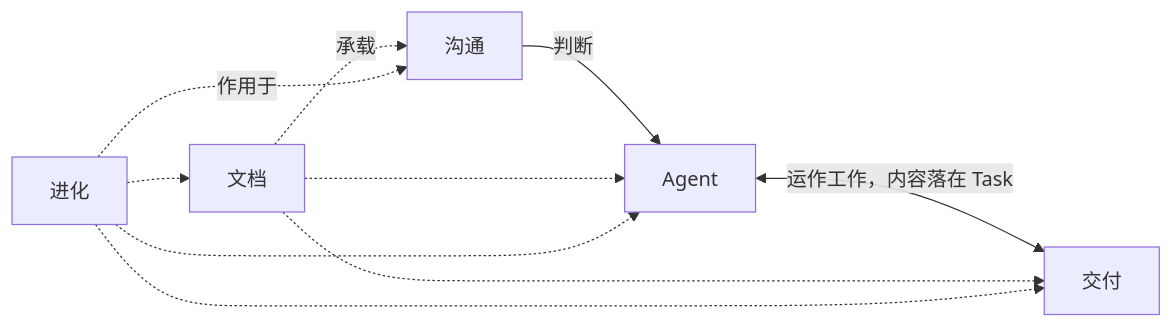
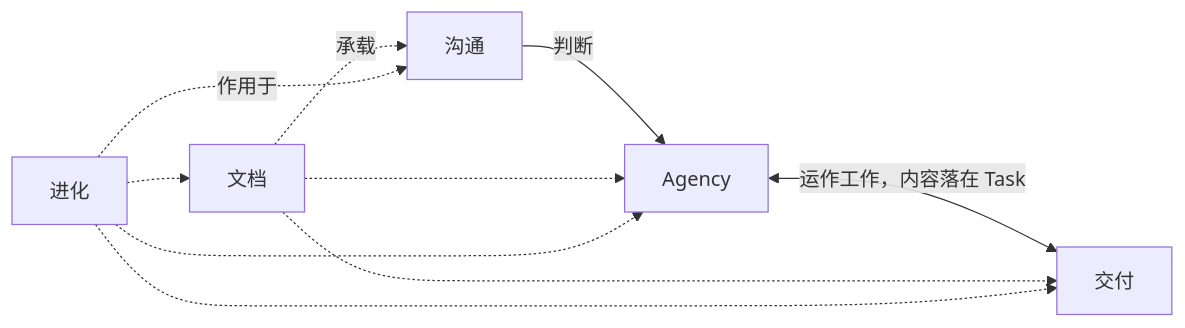
One commit to sayoriqwq/sayori.chr changed the diagram in theory/index.md. Above: the diagram before and after it, drawn with Mermaid. The commit also changed other lines of this file and 28 other files, not shown here.

````diff
--- a/theory/index.md
+++ b/theory/index.md
@@ -41,12 +43,12 @@
 ```mermaid
 flowchart LR
-    C["沟通"] -->|判断| A["Agent"]
+    C["沟通"] -->|判断| A["Agency"]
     A <-->|运作工作，内容落在 Task| D["交付"]
     Doc["文档"] -.->|承载| C
     Doc -.-> A
     Doc -.-> D
     E["进化"] -.->|作用于| C
     E -.-> A
     E -.-> D
     E -.-> Doc
 ```
````
